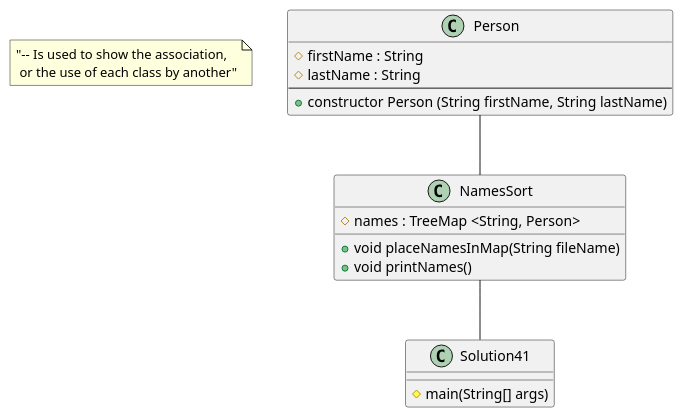
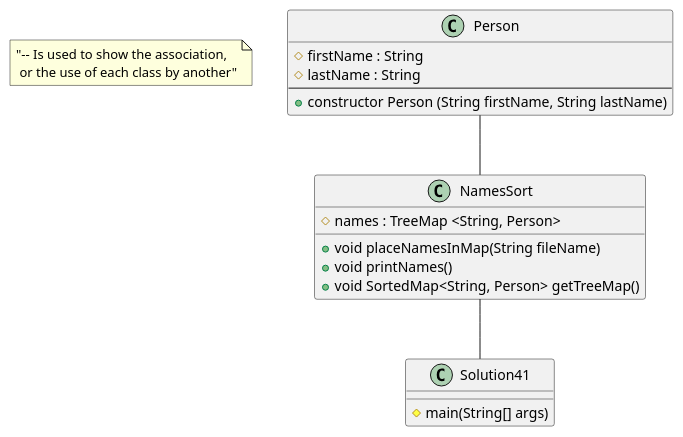
The diagram in exercise41/docs/Solution41UMLdiagram.puml (CATastrophic141/Simpson-a04), drawn with PlantUML before and after one commit. The commit also changed 18 other files, not shown here.

```diff
--- a/exercise41/docs/Solution41UMLdiagram.puml
+++ b/exercise41/docs/Solution41UMLdiagram.puml
@@ -1,29 +1,30 @@
 @startuml
 'https://plantuml.com/class-diagram
 
 note as N1
   "-- Is used to show the association,
    or the use of each class by another"
 end note
 
 class Person{
 # firstName : String
 # lastName : String
 --
 + constructor Person (String firstName, String lastName)
 }
 Person -- NamesSort
 
 
 class NamesSort{
 # names : TreeMap <String, Person>
 __
 + void placeNamesInMap(String fileName)
 + void printNames()
++ void SortedMap<String, Person> getTreeMap()
 }
 NamesSort -- Solution41
 
 class Solution41{
 # main(String[] args)
 }
 @enduml
```
